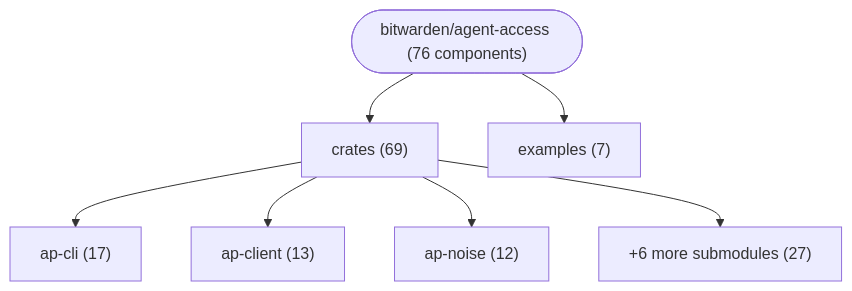
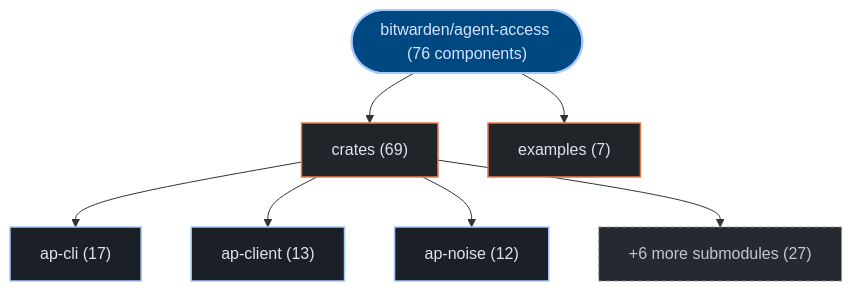
Before and after one commit to kumarshaz/atruss-code-atlas: the first of 3 diagrams in exports/latest/reports/bitwarden-agent-access-report.md, drawn with Mermaid. The commit also changed other lines of this file and 331 other files, not shown here.

Commit message:
docs,ui,fix: update SDLC docs, reorder CI/CD DAG first, stylize Mermaid, and fix Arc42 pipeline topology

````diff
--- a/exports/latest/reports/bitwarden-agent-access-report.md
+++ b/exports/latest/reports/bitwarden-agent-access-report.md
@@ -42,16 +42,23 @@
 ```mermaid
 graph TD;
-    repo_root(["bitwarden/agent-access (76 components)"])
-    dir_0_crates["crates (69)"]
+  classDef atlasRoot fill:#004882,stroke:#a3c9ff,stroke-width:2px,color:#d3e4ff
+  classDef atlasCategory fill:#212428,stroke:#E87A48,stroke-width:1.5px,color:#dfe3eb
+  classDef atlasWorkflow fill:#1b2026,stroke:#a3c9ff,stroke-width:1.5px,color:#dfe3eb
+  classDef atlasJob fill:#171c22,stroke:#8d9199,stroke-width:1px,color:#dfe3eb
+  classDef atlasTarget fill:#005227,stroke:#8bd99b,stroke-width:1.5px,color:#a7f6b6
+  classDef atlasAlert fill:#93000a,stroke:#ffb4ab,stroke-width:1.5px,color:#ffdad6
+  classDef atlasMore fill:#252a31,stroke:#8d9199,stroke-dasharray:4 4,color:#c3c6cf
+    repo_root(["bitwarden/agent-access (76 components)"]):::atlasRoot
+    dir_0_crates["crates (69)"]:::atlasCategory
     repo_root --> dir_0_crates
-    sub_0_0_ap_cli["ap-cli (17)"]
+    sub_0_0_ap_cli["ap-cli (17)"]:::atlasWorkflow
     dir_0_crates --> sub_0_0_ap_cli
-    sub_0_1_ap_client["ap-client (13)"]
+    sub_0_1_ap_client["ap-client (13)"]:::atlasWorkflow
     dir_0_crates --> sub_0_1_ap_client
-    sub_0_2_ap_noise["ap-noise (12)"]
+    sub_0_2_ap_noise["ap-noise (12)"]:::atlasWorkflow
     dir_0_crates --> sub_0_2_ap_noise
-    sub_0_more["+6 more submodules (27)"]
+    sub_0_more["+6 more submodules (27)"]:::atlasMore
     dir_0_crates --> sub_0_more
-    dir_1_examples["examples (7)"]
+    dir_1_examples["examples (7)"]:::atlasCategory
     repo_root --> dir_1_examples
 ```
````
